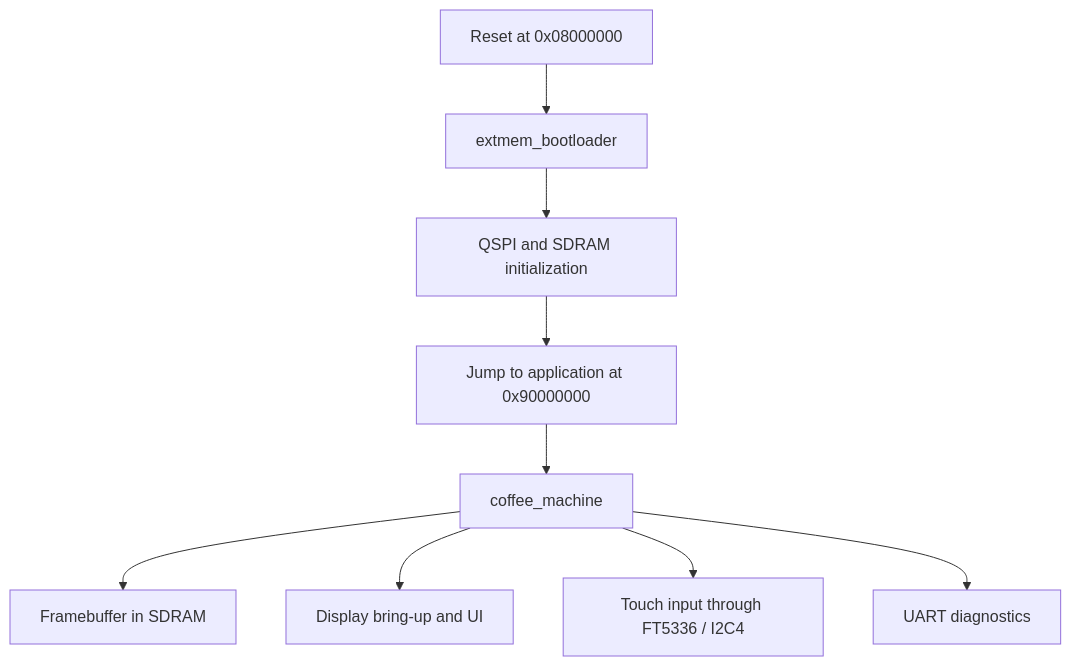
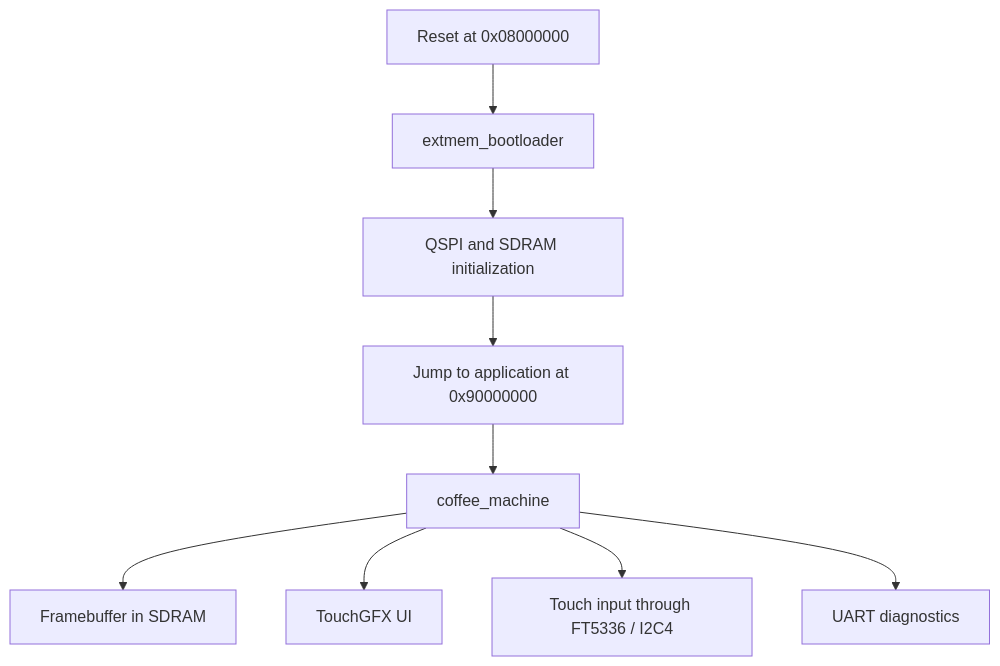
Before and after one commit to embmike/coffe_machine: the diagram in README.md, drawn with Mermaid. The commit also changed other lines of this file, not shown here.

````diff
--- a/README.md
+++ b/README.md
@@ -120,11 +162,11 @@
 ```mermaid
 flowchart TD
     A["Reset at 0x08000000"] --> B["extmem_bootloader"]
     B --> C["QSPI and SDRAM initialization"]
     C --> D["Jump to application at 0x90000000"]
     D --> E["coffee_machine"]
     E --> F["Framebuffer in SDRAM"]
-    E --> G["Display bring-up and UI"]
+    E --> G["TouchGFX UI"]
     E --> H["Touch input through FT5336 / I2C4"]
     E --> I["UART diagnostics"]
 ```
````
